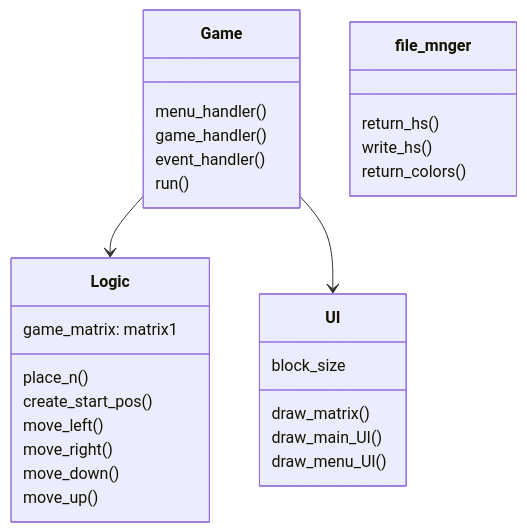
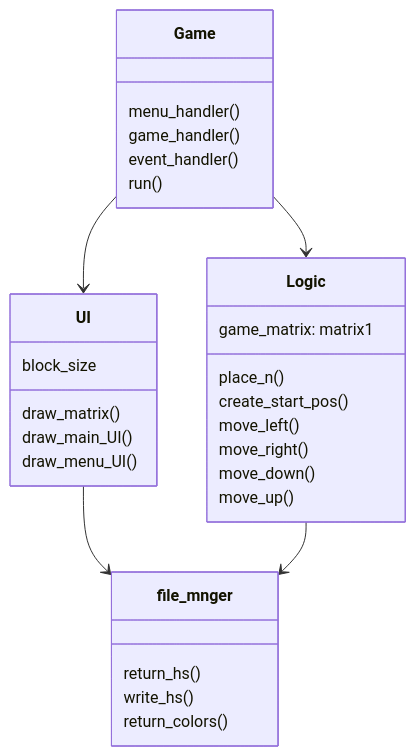
One commit to Jusq17/ot-harjoitustyo changed the second of 2 diagrams in Dokumentaatio/arkkitehtuuri.md. Above: the diagram before and after it, drawn with Mermaid.

````diff
--- a/Dokumentaatio/arkkitehtuuri.md
+++ b/Dokumentaatio/arkkitehtuuri.md
@@ -77,39 +77,41 @@
 ```mermaid
 
   classDiagram
   
   Game --> Logic
   Game --> UI
+  UI --> file_mnger
+  Logic --> file_mnger
   
   class Game{
      menu_handler()
      game_handler()
      event_handler()
      run()
   }
   
   class Logic{
     game_matrix: matrix1
     
     place_n()
     create_start_pos()
     move_left()
     move_right()
     move_down()
     move_up()
   }
   
   class UI{
     block_size
     draw_matrix()
     draw_main_UI()
     draw_menu_UI()
   }
   
   class file_mnger{
     return_hs()
     write_hs()
     return_colors()
   }
 
 ```
````
